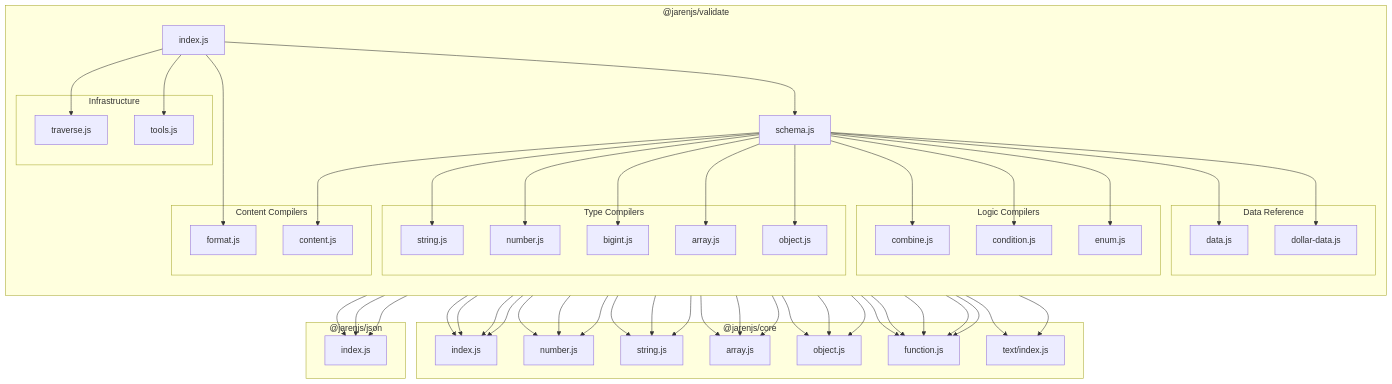
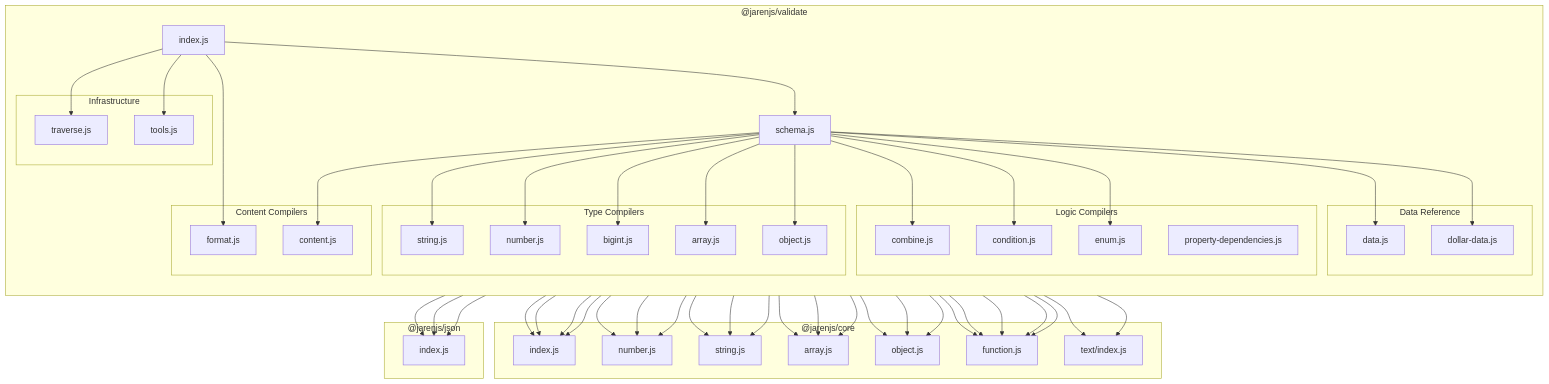
One commit to jklarenbeek/jarenjs changed diagram 16 of 18 in packages/validate/ARCHITECTURE.md. Above: the diagram before and after it, drawn with Mermaid. The commit also changed other lines of this file and 14 other files, not shown here.

Commit message:
Added the propertyDependencies keyword to the validator behind an option

````diff
--- a/packages/validate/ARCHITECTURE.md
+++ b/packages/validate/ARCHITECTURE.md
@@ -763,68 +764,69 @@
 ```mermaid
 flowchart TB
     subgraph "@jarenjs/validate"
         direction TB
         INDEX[index.js]
         SCHEMA[schema.js]
 
         subgraph "Type Compilers"
             STR[string.js]
             NUM[number.js]
             BINT[bigint.js]
             ARR[array.js]
             OBJ[object.js]
         end
 
         subgraph "Logic Compilers"
             COMB[combine.js]
             COND[condition.js]
+            PDEP[property-dependencies.js]
             ENUM[enum.js]
         end
 
         subgraph "Content Compilers"
             FMT[format.js]
             CONT[content.js]
         end
 
         subgraph "Data Reference"
             DATA[data.js]
             DDLR[dollar-data.js]
         end
 
         subgraph "Infrastructure"
             TRAV[traverse.js]
             TOOLS[tools.js]
         end
     end
 
     subgraph "@jarenjs/core"
         CORE[index.js]
         CORE_NUM[number.js]
         CORE_STR[string.js]
         CORE_ARR[array.js]
         CORE_OBJ[object.js]
         CORE_FN[function.js]
         CORE_TXT[text/index.js]
     end
 
     subgraph "@jarenjs/json"
         CORE_JSON[index.js]
     end
 
     INDEX --> SCHEMA & TRAV & TOOLS & FMT
     SCHEMA --> STR & NUM & BINT & ARR & OBJ & COMB & COND & ENUM & CONT & DATA & DDLR
 
     INDEX --> CORE
     SCHEMA --> CORE
     STR --> CORE_STR & CORE_FN
     NUM --> CORE_NUM & CORE_FN
     BINT --> CORE_NUM & CORE_FN
     ARR --> CORE_ARR & CORE_OBJ & CORE_FN
     OBJ --> CORE_OBJ & CORE_ARR & CORE_FN
     ENUM --> CORE_OBJ
     CONT --> CORE_TXT & CORE_JSON
     DATA --> CORE_JSON
     DDLR --> CORE_JSON
     TOOLS --> CORE & CORE_STR & CORE_ARR
     TRAV --> CORE & CORE_NUM & CORE_STR & CORE_TXT
 ```
````
